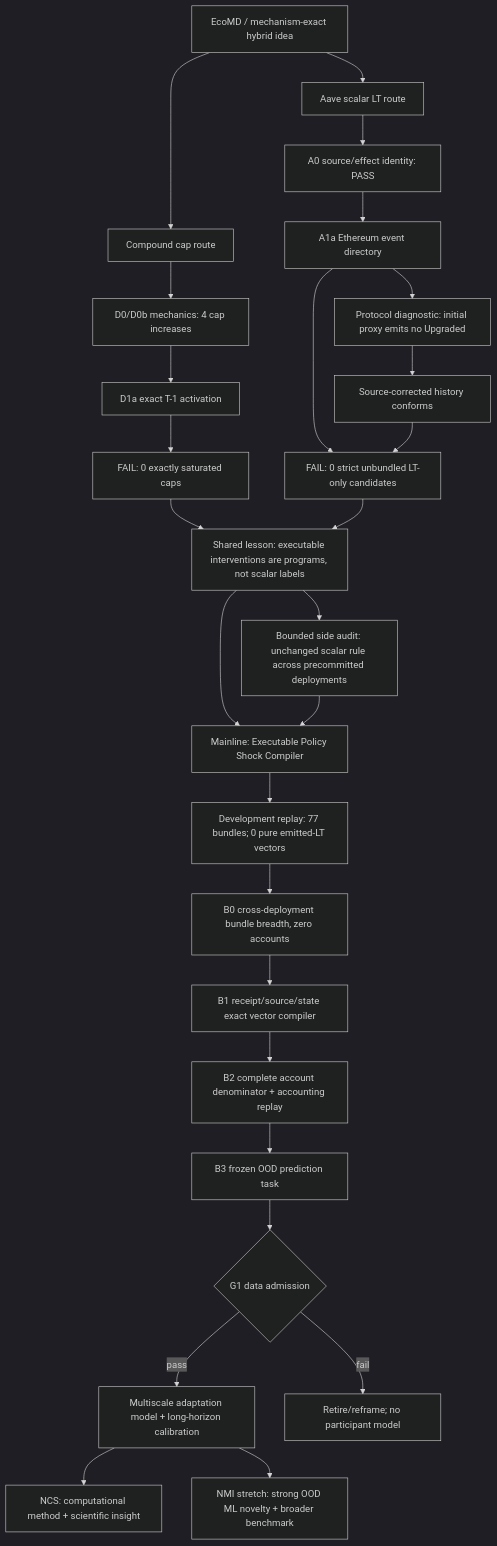
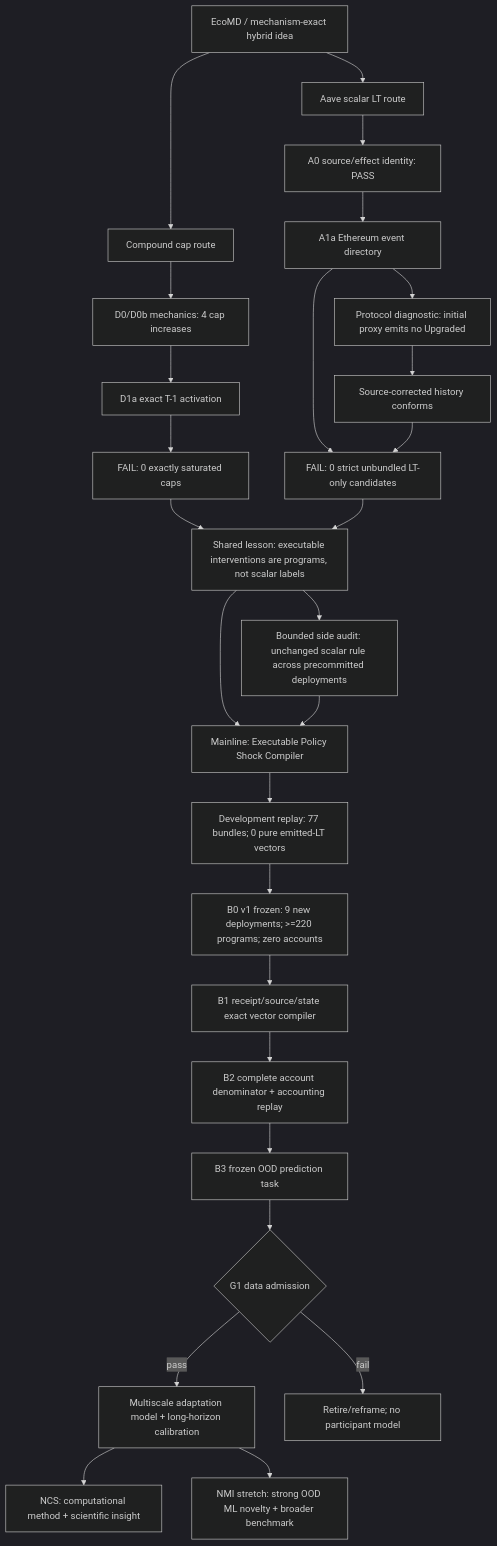
One commit to howardwang1997/ecophys changed the diagram in papers/proposal/v14_policy_shock_research_topology_2026-08-16.md. Above: the diagram before and after it, drawn with Mermaid (dark theme). The commit also changed other lines of this file and 11 other files, not shown here.

Commit message:
experiment: freeze cross-deployment Aave B0

````diff
--- a/papers/proposal/v14_policy_shock_research_topology_2026-08-16.md
+++ b/papers/proposal/v14_policy_shock_research_topology_2026-08-16.md
@@ -6,29 +6,29 @@
 ```mermaid
 flowchart TD
     E[EcoMD / mechanism-exact hybrid idea] --> C[Compound cap route]
     E --> A[Aave scalar LT route]
     C --> C0[D0/D0b mechanics: 4 cap increases]
     C0 --> C1[D1a exact T-1 activation]
     C1 --> CF[FAIL: 0 exactly saturated caps]
     A --> A0[A0 source/effect identity: PASS]
     A0 --> A1[A1a Ethereum event directory]
     A1 --> AF[FAIL: 0 strict unbundled LT-only candidates]
     A1 --> PD[Protocol diagnostic: initial proxy emits no Upgraded]
     PD --> HC[Source-corrected history conforms]
     HC --> AF
     CF --> S[Shared lesson: executable interventions are programs, not scalar labels]
     AF --> S
     S --> V[Mainline: Executable Policy Shock Compiler]
     S --> XS[Bounded side audit: unchanged scalar rule across precommitted deployments]
     XS --> V
     V --> E0[Development replay: 77 bundles; 0 pure emitted-LT vectors]
-    E0 --> B0[B0 cross-deployment bundle breadth, zero accounts]
+    E0 --> B0[B0 v1 frozen: 9 new deployments; >=220 programs; zero accounts]
     B0 --> B1[B1 receipt/source/state exact vector compiler]
     B1 --> B2[B2 complete account denominator + accounting replay]
     B2 --> B3[B3 frozen OOD prediction task]
     B3 --> G1{G1 data admission}
     G1 -->|pass| M[Multiscale adaptation model + long-horizon calibration]
     G1 -->|fail| R[Retire/reframe; no participant model]
     M --> NCS[NCS: computational method + scientific insight]
     M --> NMI[NMI stretch: strong OOD ML novelty + broader benchmark]
 ```
````
